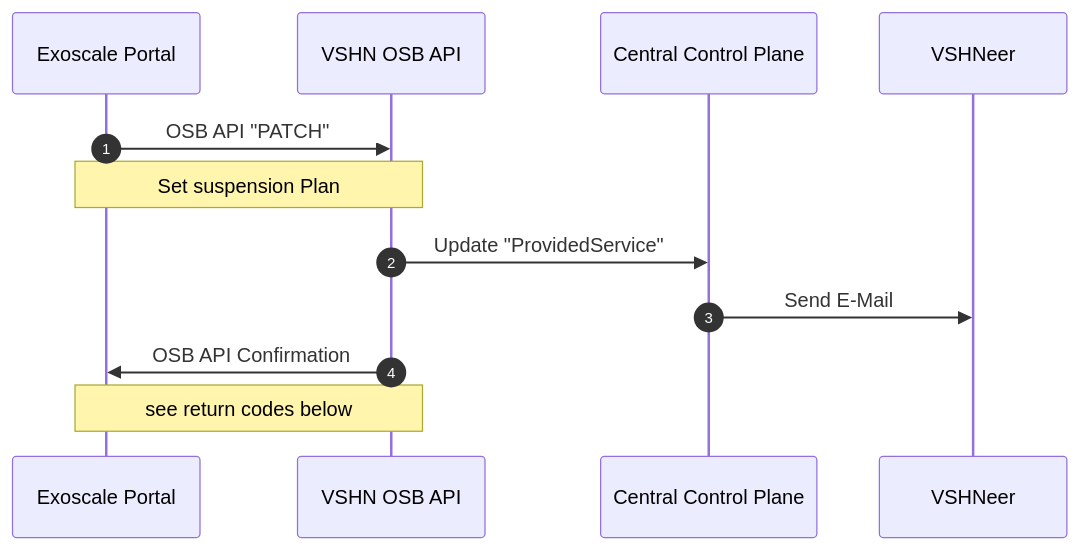
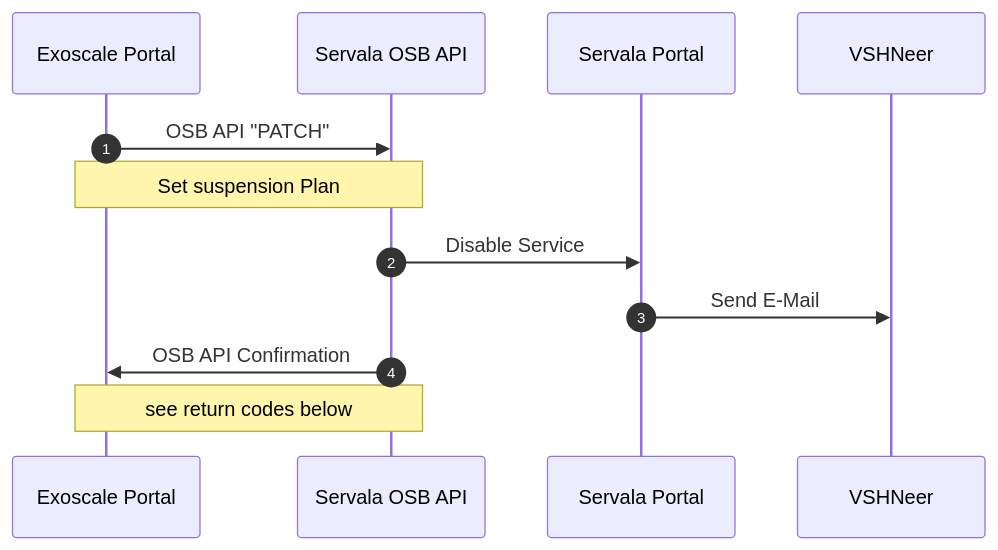
Before and after one commit to vshn/application-catalog-docs: the third of 4 diagrams in docs/modules/ROOT/pages/csp/exoscale/osbapiv2.adoc, drawn with Mermaid. The commit also changed other lines of this file, not shown here.

Commit message:
wip rework exoscale OSB API

```diff
--- a/docs/modules/ROOT/pages/csp/exoscale/osbapiv2.adoc
+++ b/docs/modules/ROOT/pages/csp/exoscale/osbapiv2.adoc
@@ -188,16 +182,16 @@
 [mermaid,suspension,png]
 ....
 sequenceDiagram
     autonumber
     participant EP as Exoscale Portal
-    participant VCA as VSHN OSB API
-    participant CCP as Central Control Plane
+    participant VCA as Servala OSB API
+    participant CCP as Servala Portal
     participant VSHNEER as VSHNeer
 
     EP->>VCA: OSB API "PATCH"
     Note over EP, VCA: Set suspension Plan
-    VCA->>CCP: Update "ProvidedService"
+    VCA->>CCP: Disable Service
     CCP->>VSHNEER: Send E-Mail
     VCA->>EP: OSB API Confirmation
     Note over VCA,EP: see return codes below
 ....
```
